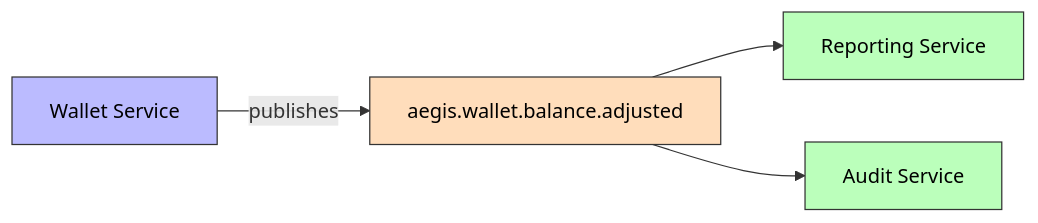
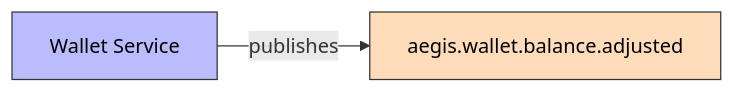
Before and after one commit to AlexAlvarezGallardo-GitHub/Aegis: the first of 2 diagrams in docs/obsidian/03 - Domain Events/WalletBalanceAdjusted.md, drawn with Mermaid. The commit also changed other lines of this file and 87 other files, not shown here.

````diff
--- a/docs/obsidian/03 - Domain Events/WalletBalanceAdjusted.md
+++ b/docs/obsidian/03 - Domain Events/WalletBalanceAdjusted.md
@@ -14,10 +14,6 @@
 ```mermaid
 graph LR
     Wallet[Wallet Service] -->|publishes| Topic[aegis.wallet.balance.adjusted]
-    Topic --> Report[Reporting Service]
-    Topic --> Audit[Audit Service]
     style Wallet fill:#bbf,stroke:#333,color:#000
     style Topic fill:#fdb,stroke:#333,color:#000
-    style Report fill:#bfb,stroke:#333,color:#000
-    style Audit fill:#bfb,stroke:#333,color:#000
 ```
````
